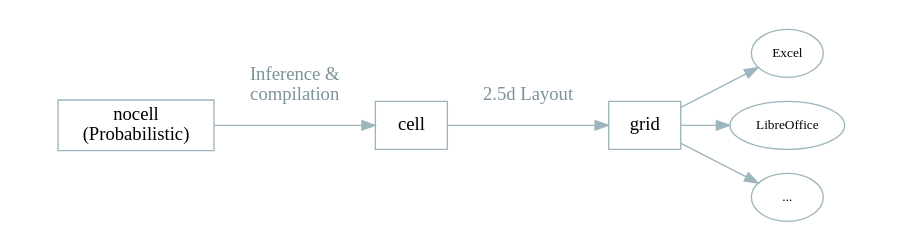
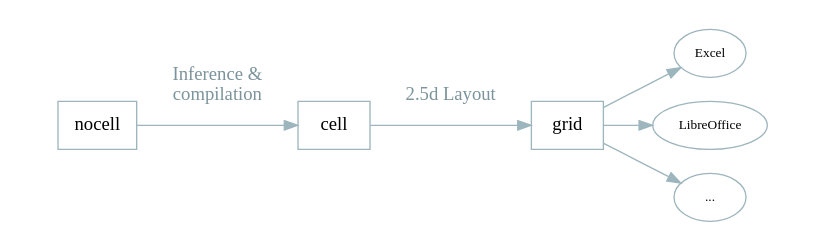
Before and after one commit to alan-turing-institute/nocell-prototype: the diagram in doc/cambridge-workshop/figs/languages.dot, drawn with Graphviz. The commit also changed 10 other files, not shown here.

```diff
--- a/doc/cambridge-workshop/figs/languages.dot
+++ b/doc/cambridge-workshop/figs/languages.dot
@@ -1,19 +1,19 @@
 digraph languages {
 
 graph [rankdir = "LR";
        pad = "0.5,0.2";
        ];
 
        edge [color = "#9db5bd"; fontcolor = "#7b939b"];
        node [shape = box;
 	     color = "#9db5bd"];
        
-	     nocell [label = "nocell\n(Probabilistic)"];
+	     nocell [label = "nocell"];
        nocell -> cell [label="Inference &amp;\ncompilation\n "];
 	     
 	     cell -> grid [label="2.5d Layout\n "];
 	     
 	     grid -> {node [fontsize = 10; shape = oval];
 		     Excel LibreOffice "..."};
 	     
 }
```
